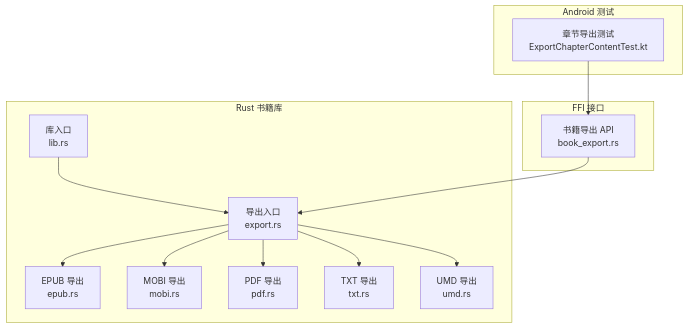
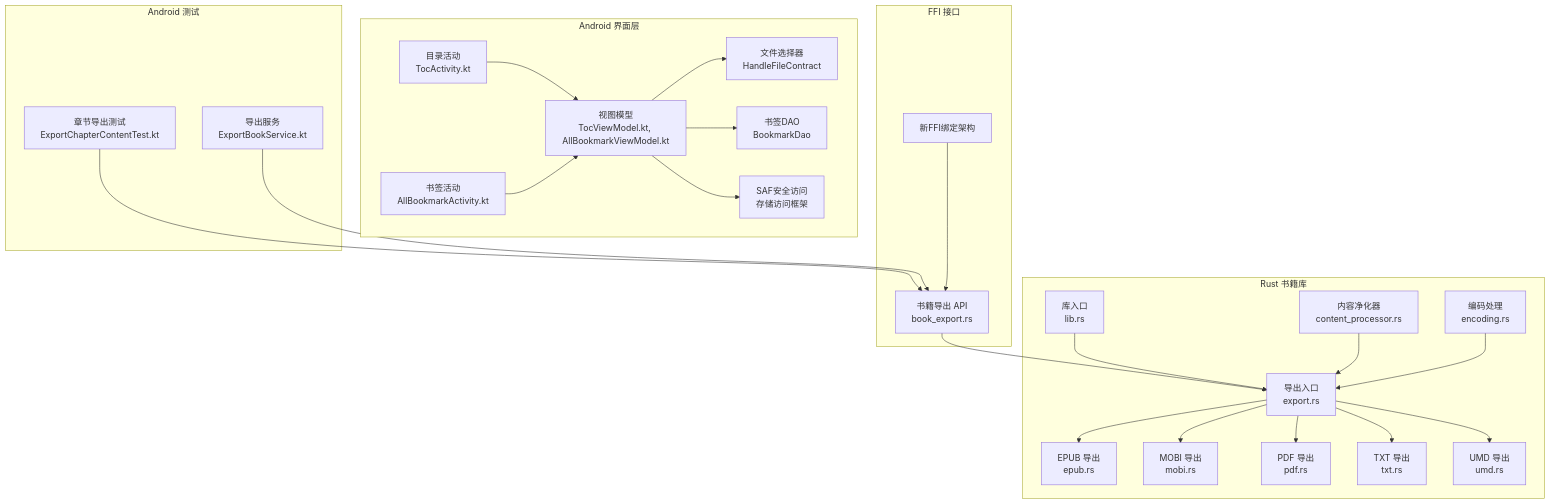
The first of 7 diagrams in .qoder/repowiki/zh/content/书籍处理系统/导出功能.md (ZhangGHGitHub/LegadoTeamFlutter), drawn with Mermaid before and after one commit. The commit also changed other lines of this file and 173 other files, not shown here.

````diff
--- a/.qoder/repowiki/zh/content/书籍处理系统/导出功能.md
+++ b/.qoder/repowiki/zh/content/书籍处理系统/导出功能.md
@@ -37,26 +48,47 @@
 ```mermaid
 graph TB
 subgraph "Rust 书籍库"
 A["导出入口<br/>export.rs"]
 B["EPUB 导出<br/>epub.rs"]
 C["MOBI 导出<br/>mobi.rs"]
 D["PDF 导出<br/>pdf.rs"]
 E["TXT 导出<br/>txt.rs"]
 F["UMD 导出<br/>umd.rs"]
 G["库入口<br/>lib.rs"]
+H["内容净化器<br/>content_processor.rs"]
+I["编码处理<br/>encoding.rs"]
 end
 subgraph "FFI 接口"
-H["书籍导出 API<br/>book_export.rs"]
+J["书籍导出 API<br/>book_export.rs"]
+K["新FFI绑定架构"]
+end
+subgraph "Android 界面层"
+L["目录活动<br/>TocActivity.kt"]
+M["书签活动<br/>AllBookmarkActivity.kt"]
+N["视图模型<br/>TocViewModel.kt, AllBookmarkViewModel.kt"]
+O["文件选择器<br/>HandleFileContract"]
+P["书签DAO<br/>BookmarkDao"]
+Q["SAF安全访问<br/>存储访问框架"]
 end
 subgraph "Android 测试"
-I["章节导出测试<br/>ExportChapterContentTest.kt"]
+R["章节导出测试<br/>ExportChapterContentTest.kt"]
+S["导出服务<br/>ExportBookService.kt"]
 end
 A --> B
 A --> C
 A --> D
 A --> E
 A --> F
 G --> A
+J --> A
+L --> N
+M --> N
+N --> O
+N --> P
+N --> Q
+R --> J
 H --> A
-I --> H
+K --> J
+I --> A
+S --> J
 ```
````
